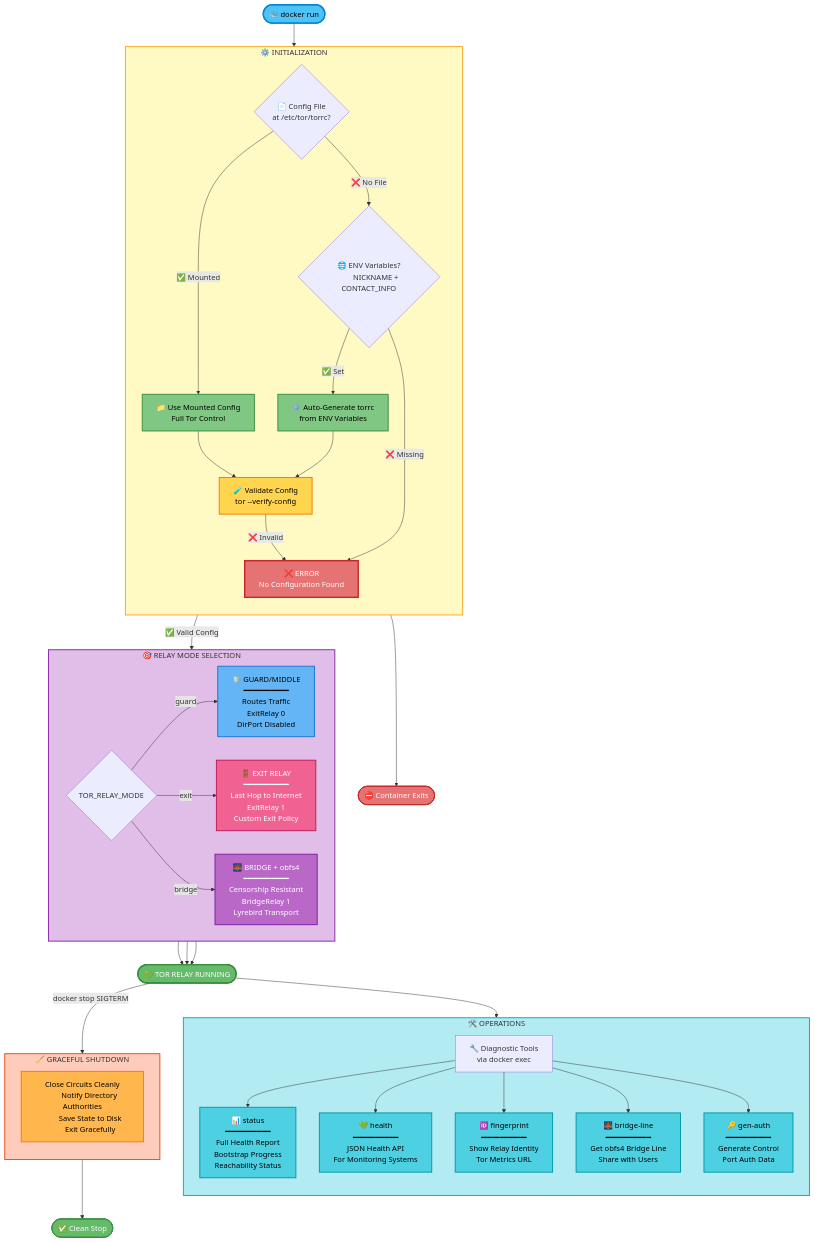
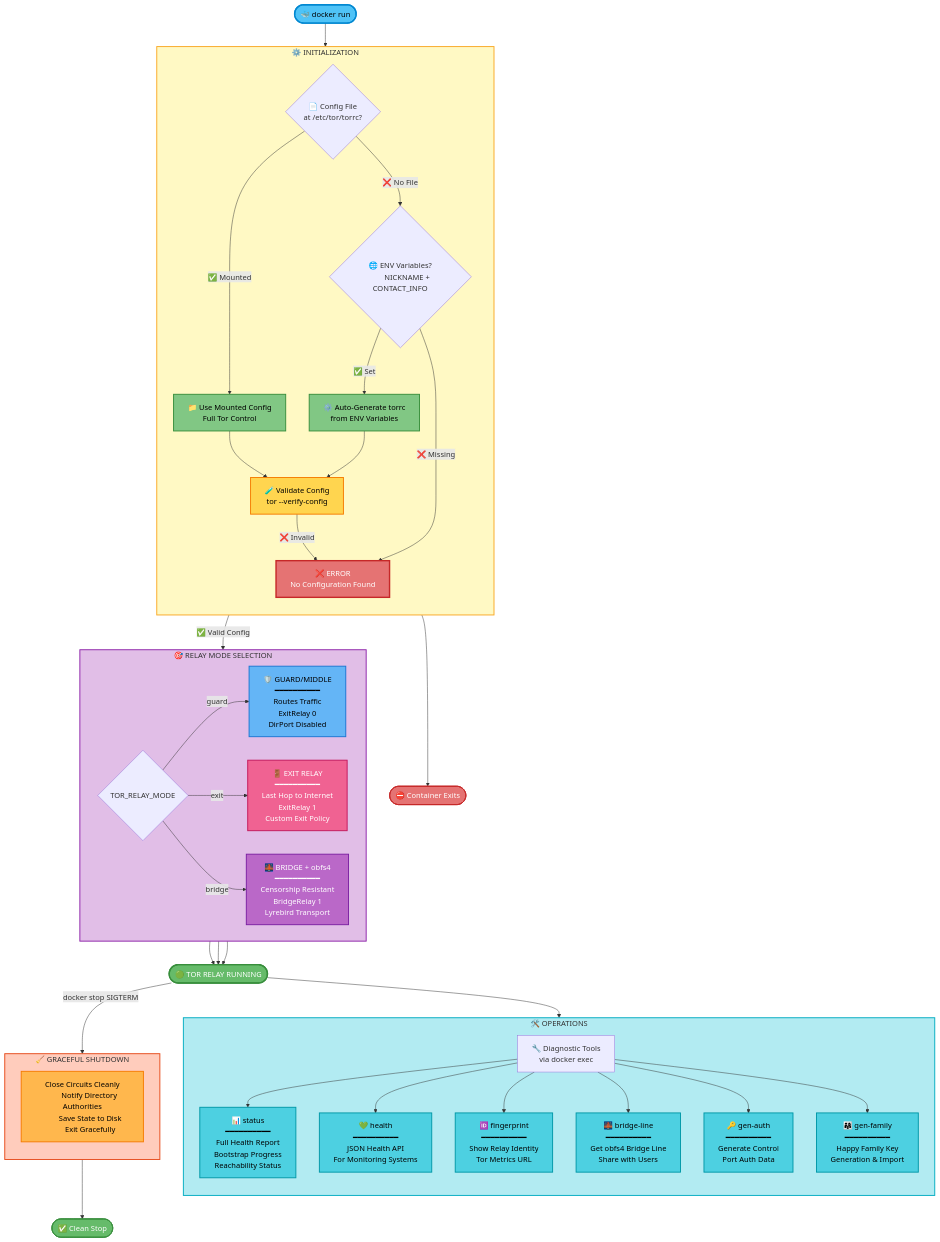
One commit to r3bo0tbx1/tor-guard-relay changed the diagram in README.md. Above: the diagram before and after it, drawn with Mermaid. The commit also changed other lines of this file and 38 other files, not shown here.

First line of the commit message:
✨ feat(v1.1.7): Happy Family support (Tor 0.4.9+ FamilyId)

```diff
--- a/README.md
+++ b/README.md
@@ -627,6 +740,10 @@
         ━━━━━━━━━━
         Generate Control
         Port Auth Data"]
+        Tools --> GenFamily["👨‍👩‍👧 gen-family
+        ━━━━━━━━━━
+        Happy Family Key
+        Generation & Import"]
     end
 
     Running -->|docker stop SIGTERM| Shutdown
@@ -659,6 +776,7 @@
     style Finger fill:#4DD0E1,stroke:#0097A7,stroke-width:2px,color:#000
     style BLine fill:#4DD0E1,stroke:#0097A7,stroke-width:2px,color:#000
     style GenAuth fill:#4DD0E1,stroke:#0097A7,stroke-width:2px,color:#000
+    style GenFamily fill:#4DD0E1,stroke:#0097A7,stroke-width:2px,color:#000
     
     style Graceful fill:#FFB74D,stroke:#F57C00,stroke-width:2px,color:#000
     style End fill:#E57373,stroke:#C62828,stroke-width:2px,color:#fff
```
